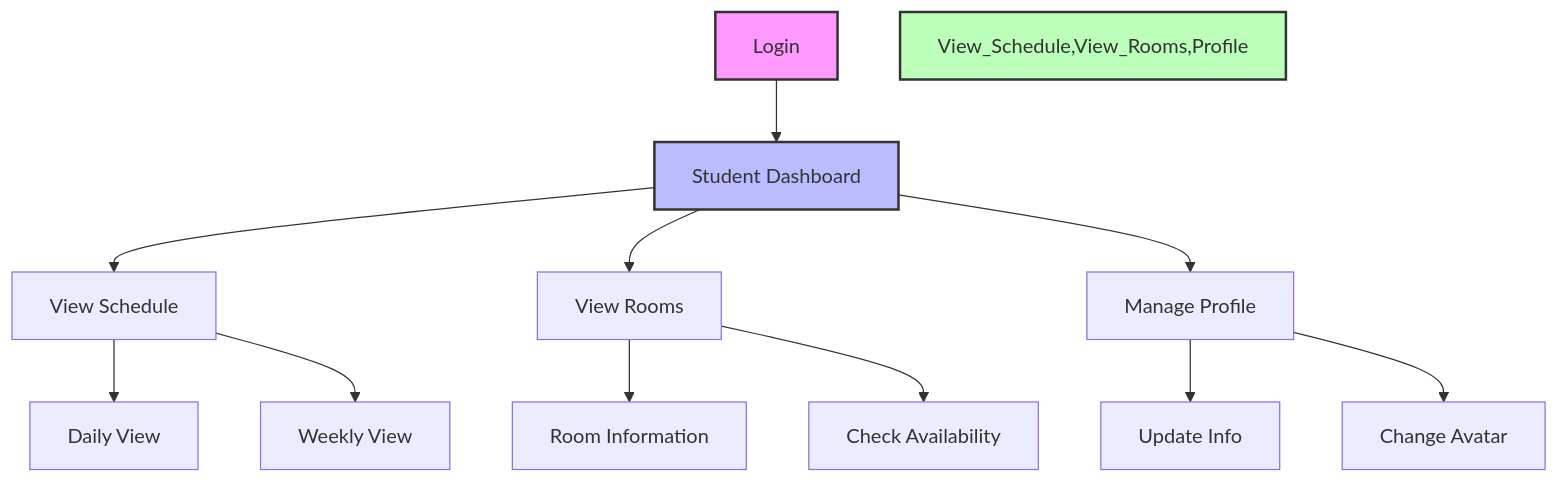
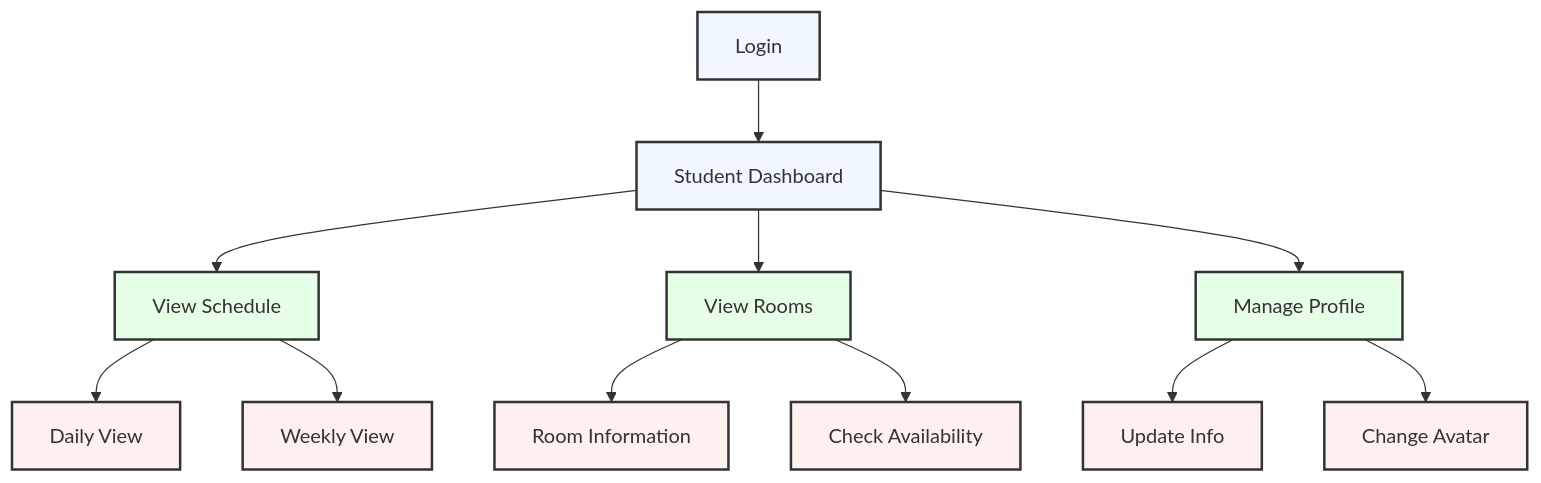
The third of 11 diagrams in docs/USER_GUIDE.md (kafle1/timetablepro), drawn with Mermaid before and after one commit. The commit also changed other lines of this file and 1 other file, not shown here.

Commit message:
docs: update diagram colors with consistent high-contrast scheme

````diff
--- a/docs/USER_GUIDE.md
+++ b/docs/USER_GUIDE.md
@@ -365,20 +375,25 @@
 ```mermaid
 graph TD
     Login[Login] --> Dashboard[Student Dashboard]
     Dashboard --> View_Schedule[View Schedule]
     Dashboard --> View_Rooms[View Rooms]
     Dashboard --> Profile[Manage Profile]
     
     View_Schedule --> Daily_View[Daily View]
     View_Schedule --> Weekly_View[Weekly View]
     
     View_Rooms --> Room_Info[Room Information]
     View_Rooms --> Room_Availability[Check Availability]
     
     Profile --> Update_Info[Update Info]
     Profile --> Change_Avatar[Change Avatar]
     
-    style Login fill:#f9f,stroke:#333,stroke-width:2px
-    style Dashboard fill:#bbf,stroke:#333,stroke-width:2px
-    style View_Schedule,View_Rooms,Profile fill:#bfb,stroke:#333,stroke-width:2px
+    classDef default fill:#f0f7ff,stroke:#333,stroke-width:2px
+    classDef primary fill:#e6ffe6,stroke:#333,stroke-width:2px
+    classDef secondary fill:#ffe6e6,stroke:#333,stroke-width:2px
+    classDef action fill:#fff0f0,stroke:#333,stroke-width:2px
+    
+    class Login,Dashboard default
+    class View_Schedule,View_Rooms,Profile primary
+    class Daily_View,Weekly_View,Room_Info,Room_Availability,Update_Info,Change_Avatar action
 ```
````
